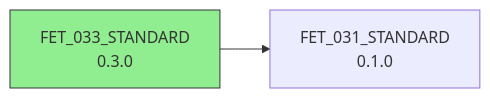
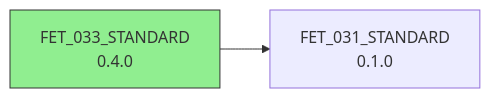
One commit to NVIDIA/simready-foundation changed the diagram in nv_core/tiers/simready_foundation_tier_core/simready/foundation/tier_core/features/FET_033_STANDARD.md. Above: the diagram before and after it, drawn with Mermaid. The commit also changed other lines of this file and 1396 other files, not shown here.

````diff
--- a/nv_core/tiers/simready_foundation_tier_core/simready/foundation/tier_core/features/FET_033_STANDARD.md
+++ b/nv_core/tiers/simready_foundation_tier_core/simready/foundation/tier_core/features/FET_033_STANDARD.md
@@ -18,9 +24,9 @@
 ```{mermaid}
 flowchart LR
     FET_031_STANDARD_0_1_0["FET_031_STANDARD\n0.1.0"]
-    FET_033_STANDARD_0_3_0["FET_033_STANDARD\n0.3.0"]
-    FET_033_STANDARD_0_3_0 --> FET_031_STANDARD_0_1_0
+    FET_033_STANDARD_0_4_0["FET_033_STANDARD\n0.4.0"]
+    FET_033_STANDARD_0_4_0 --> FET_031_STANDARD_0_1_0
 
-    class FET_033_STANDARD_0_3_0 current
+    class FET_033_STANDARD_0_4_0 current
     classDef current fill:#90EE90,stroke:#333
 ```
````
